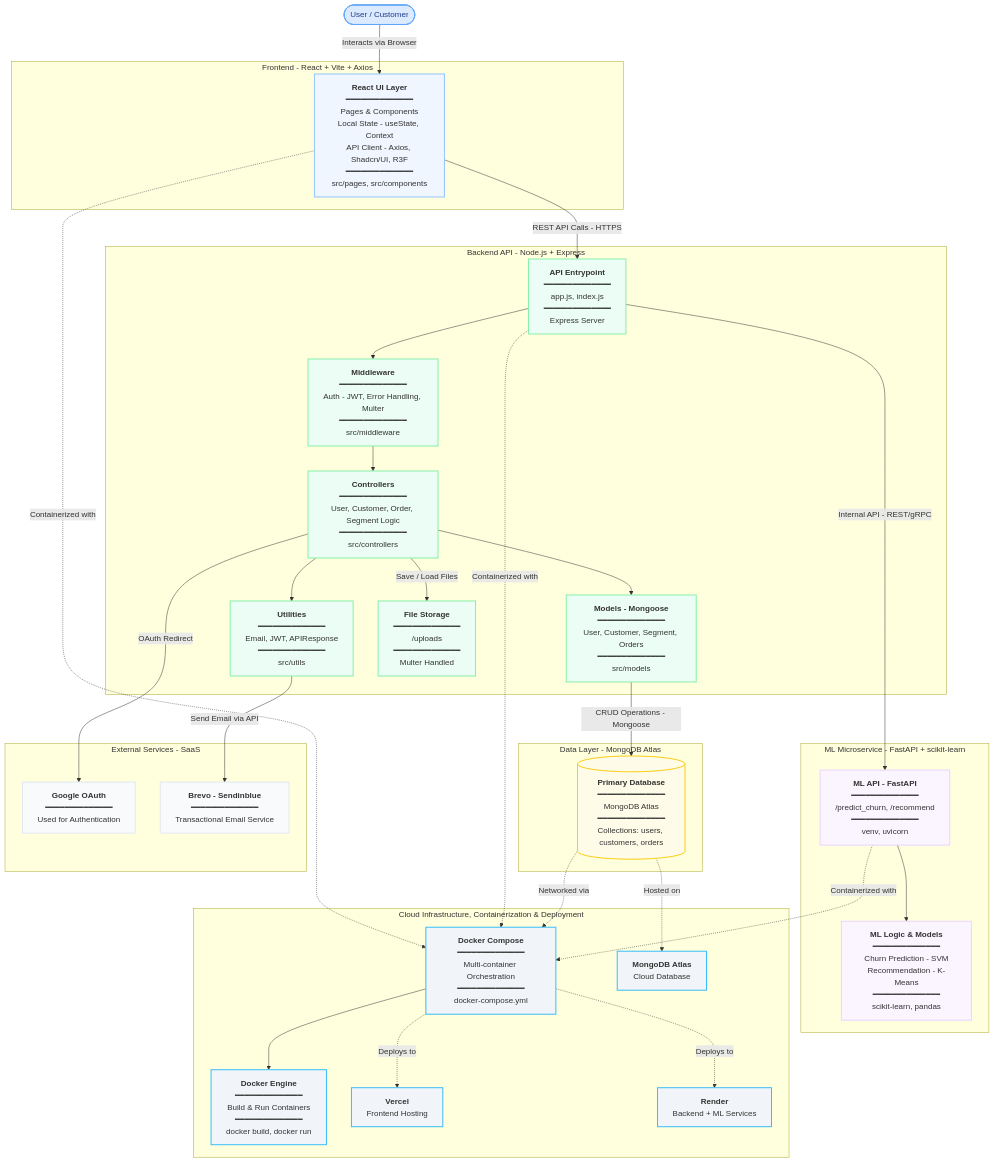
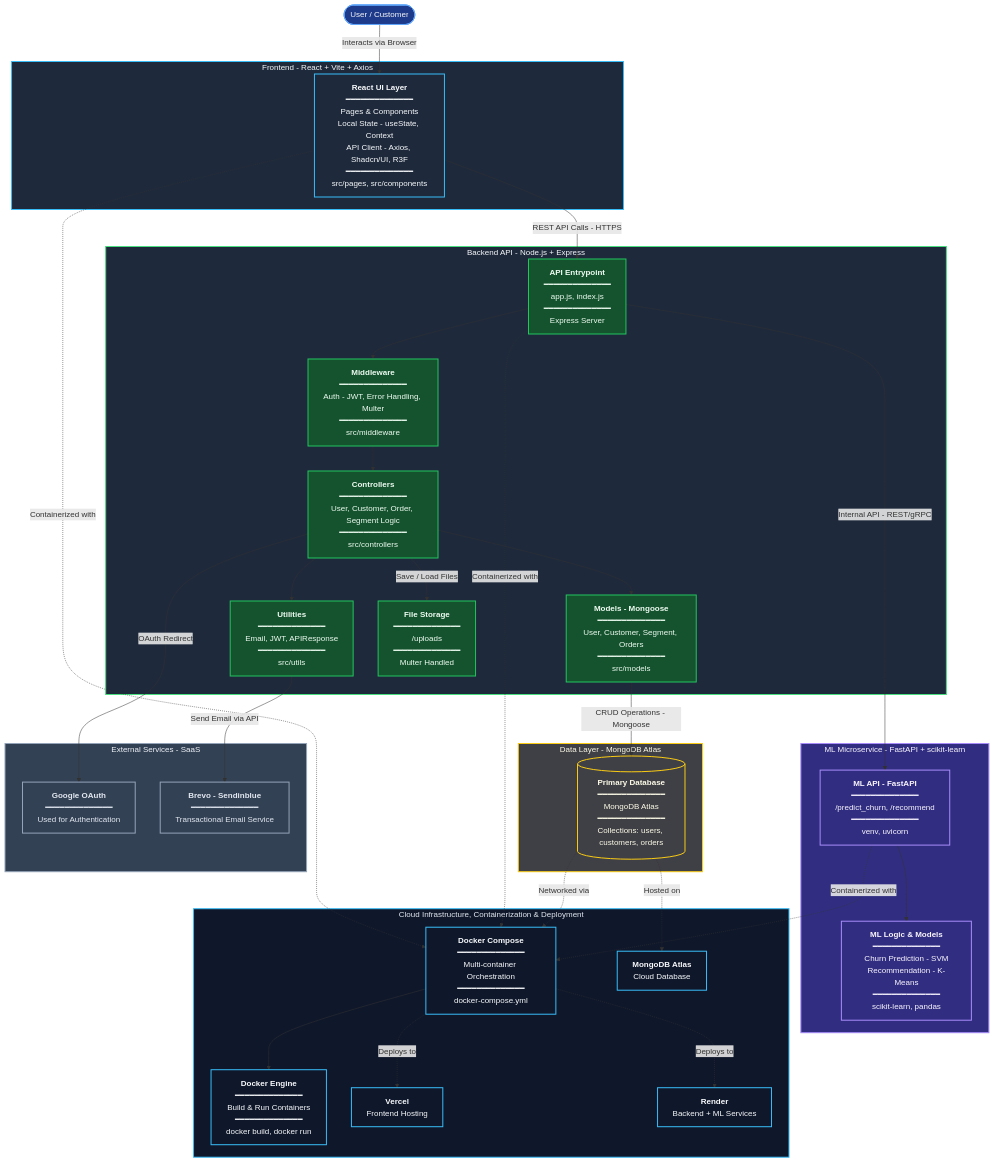
Before and after one commit to Vd7905/CRM: the diagram in README.md, drawn with Mermaid. The commit also changed other lines of this file, not shown here.

````diff
--- a/README.md
+++ b/README.md
@@ -97,5 +96,5 @@
 ```mermaid
-graph TB
+   graph TB
     %% === Actor ===
     user(["User / Customer"])
     
@@ -170,15 +169,16 @@
     docker_compose -.->|"Deploys to"| vercel
     docker_compose -.->|"Deploys to"| render
     db_mongo -.->|"Hosted on"| mongo_atlas
-    
+
     %% === Styling ===
-    classDef userStyle fill:#dbeafe,stroke:#60a5fa,stroke-width:2px,color:#1e3a8a
-    classDef frontendStyle fill:#eff6ff,stroke:#93c5fd,stroke-width:2px
-    classDef backendStyle fill:#ecfdf5,stroke:#86efac,stroke-width:2px
-    classDef mlStyle fill:#faf5ff,stroke:#e9d5ff,stroke-width:2px
-    classDef dataStyle fill:#fefce8,stroke:#facc15,stroke-width:2px
-    classDef externalStyle fill:#f8fafc,stroke:#e2e8f0,stroke-width:2px
-    classDef cloudStyle fill:#f1f5f9,stroke:#38bdf8,stroke-width:2px
+    %% --- Global Dark Background ---
+    style frontend fill:#1e293b,stroke:#38bdf8,stroke-width:2px,color:#f8fafc
+    style backend fill:#1e293b,stroke:#4ade80,stroke-width:2px,color:#f8fafc
+    style ml_service fill:#312e81,stroke:#a78bfa,stroke-width:2px,color:#faf5ff
+    style data fill:#3f3f46,stroke:#facc15,stroke-width:2px,color:#fefce8
+    style external fill:#334155,stroke:#94a3b8,stroke-width:2px,color:#f1f5f9
+    style cloud fill:#0f172a,stroke:#38bdf8,stroke-width:2px,color:#e2e8f0
+    style user fill:#1e3a8a,stroke:#60a5fa,stroke-width:2px,color:#f8fafc
 
     class user userStyle
     class react_ui frontendStyle
@@ -188,4 +188,14 @@
     class google_oauth,email_service externalStyle
     class docker_engine,docker_compose,vercel,render,mongo_atlas cloudStyle
 
+    %% === Class Definitions for Reuse ===
+    classDef userStyle fill:#1e3a8a,stroke:#60a5fa,stroke-width:2px,color:#f8fafc
+    classDef frontendStyle fill:#1e293b,stroke:#38bdf8,stroke-width:2px,color:#f8fafc
+    classDef backendStyle fill:#14532d,stroke:#22c55e,stroke-width:2px,color:#f0fdf4
+    classDef mlStyle fill:#312e81,stroke:#a78bfa,stroke-width:2px,color:#faf5ff
+    classDef dataStyle fill:#3f3f46,stroke:#facc15,stroke-width:2px,color:#fefce8
+    classDef externalStyle fill:#334155,stroke:#94a3b8,stroke-width:2px,color:#e2e8f0
+    classDef cloudStyle fill:#0f172a,stroke:#38bdf8,stroke-width:2px,color:#f8fafc
+
+
 ```
````
